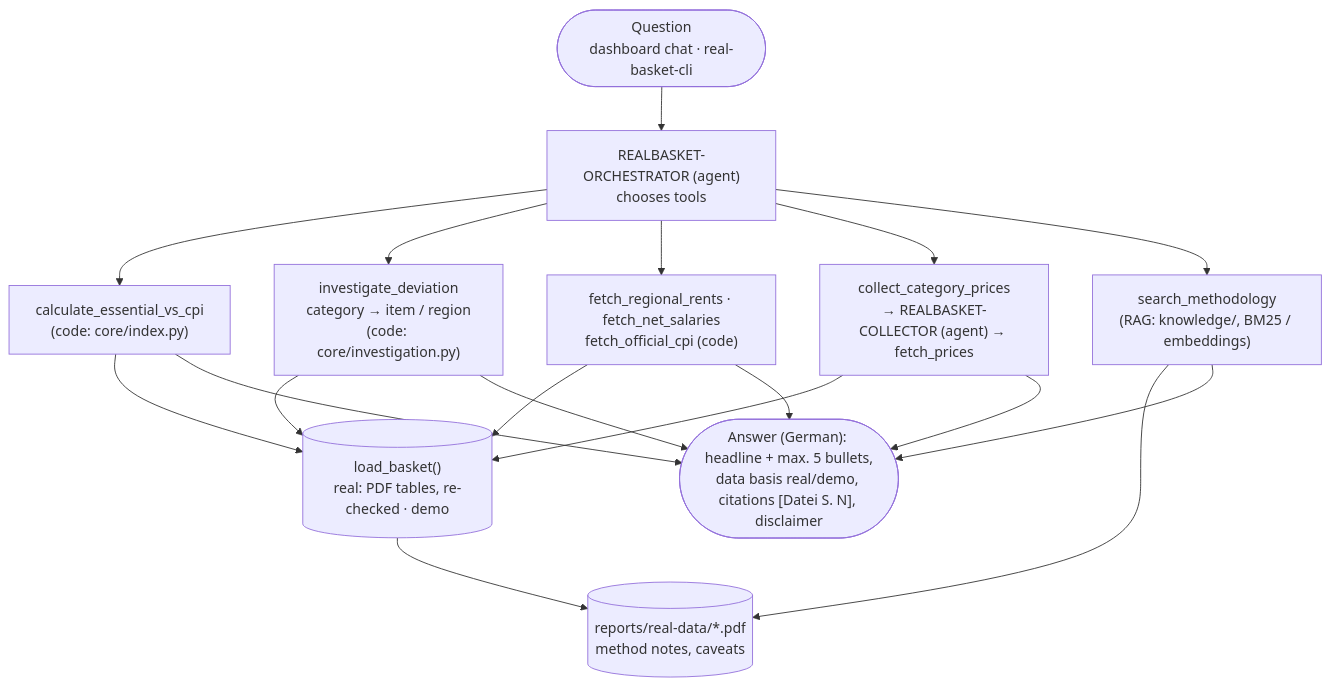
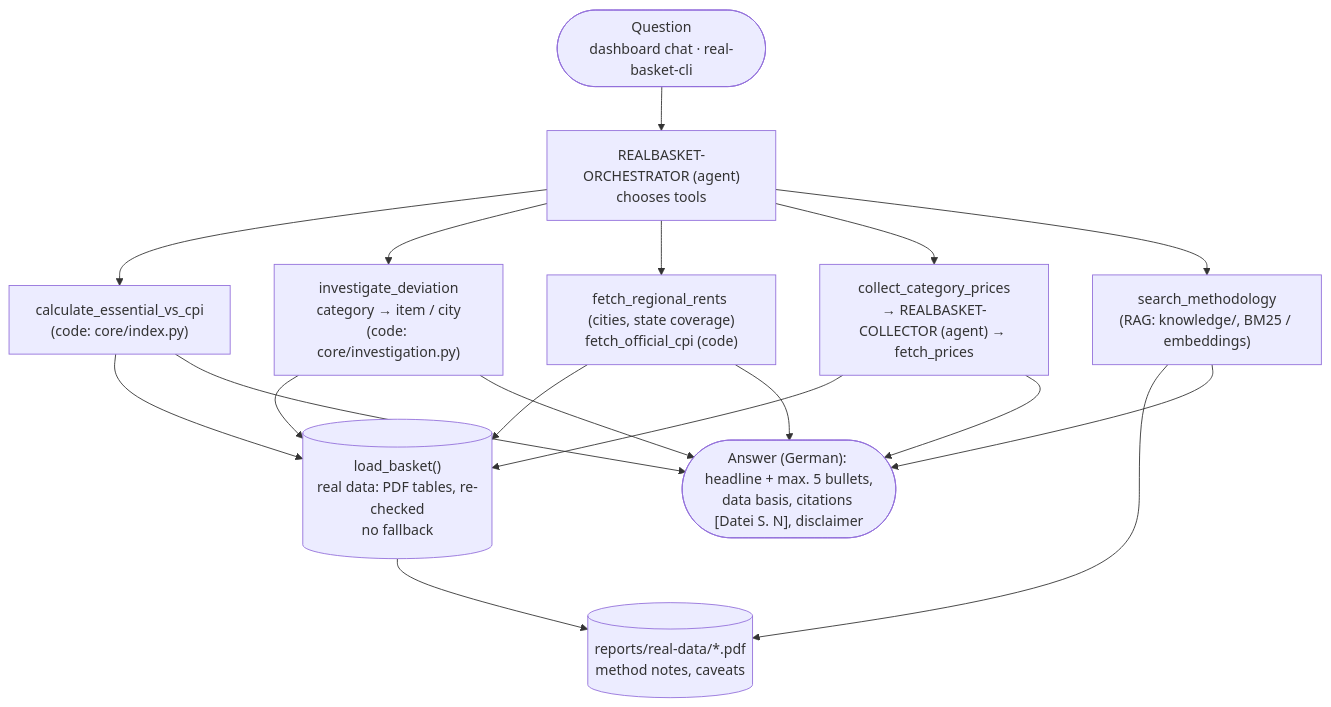
The diagram in docs/process-redesign.md (ValentinIliu1212/real-basket), drawn with Mermaid before and after one commit. The commit also changed other lines of this file and 28 other files, not shown here.

Commit message:
Remove synthetic demo data: real reference data only; regenerate architecture decks

````diff
--- a/docs/process-redesign.md
+++ b/docs/process-redesign.md
@@ -26,14 +28,14 @@
 ```mermaid
 flowchart TD
     U(["Question<br/>dashboard chat · real-basket-cli"]) --> O
     O["REALBASKET-ORCHESTRATOR (agent)<br/>chooses tools"]
     O --> C["calculate_essential_vs_cpi<br/>(code: core/index.py)"]
-    O --> I["investigate_deviation<br/>category → item / region<br/>(code: core/investigation.py)"]
-    O --> R["fetch_regional_rents · fetch_net_salaries<br/>fetch_official_cpi (code)"]
+    O --> I["investigate_deviation<br/>category → item / city<br/>(code: core/investigation.py)"]
+    O --> R["fetch_regional_rents (cities, state coverage)<br/>fetch_official_cpi (code)"]
     O --> COL["collect_category_prices<br/>→ REALBASKET-COLLECTOR (agent) → fetch_prices"]
     O --> K["search_methodology<br/>(RAG: knowledge/, BM25 / embeddings)"]
     K --> PDF[("reports/real-data/*.pdf<br/>method notes, caveats")]
-    C & I & R & COL --> B[("load_basket()<br/>real: PDF tables, re-checked · demo")]
+    C & I & R & COL --> B[("load_basket()<br/>real data: PDF tables, re-checked<br/>no fallback")]
     B --> PDF
-    C & I & R & COL & K --> A(["Answer (German): headline + max. 5 bullets,<br/>data basis real/demo, citations [Datei S. N], disclaimer"])
+    C & I & R & COL & K --> A(["Answer (German): headline + max. 5 bullets,<br/>data basis, citations [Datei S. N], disclaimer"])
 ```
````
